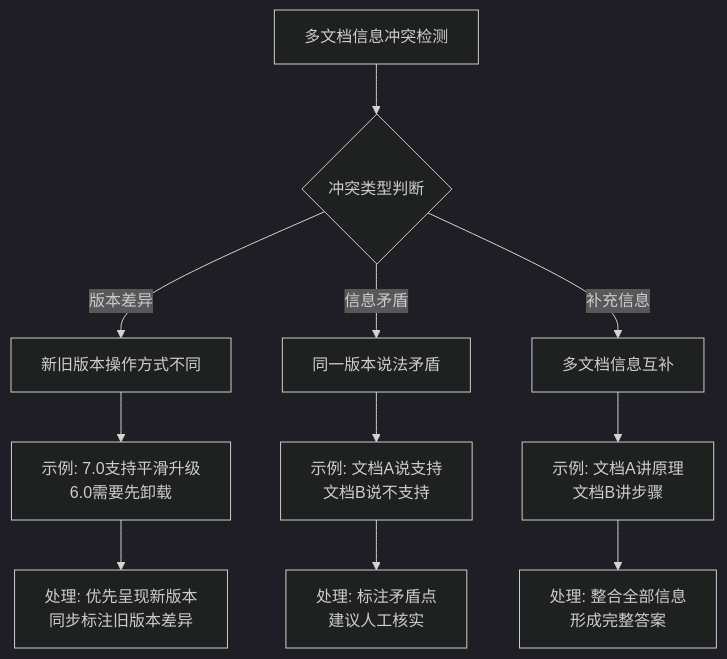
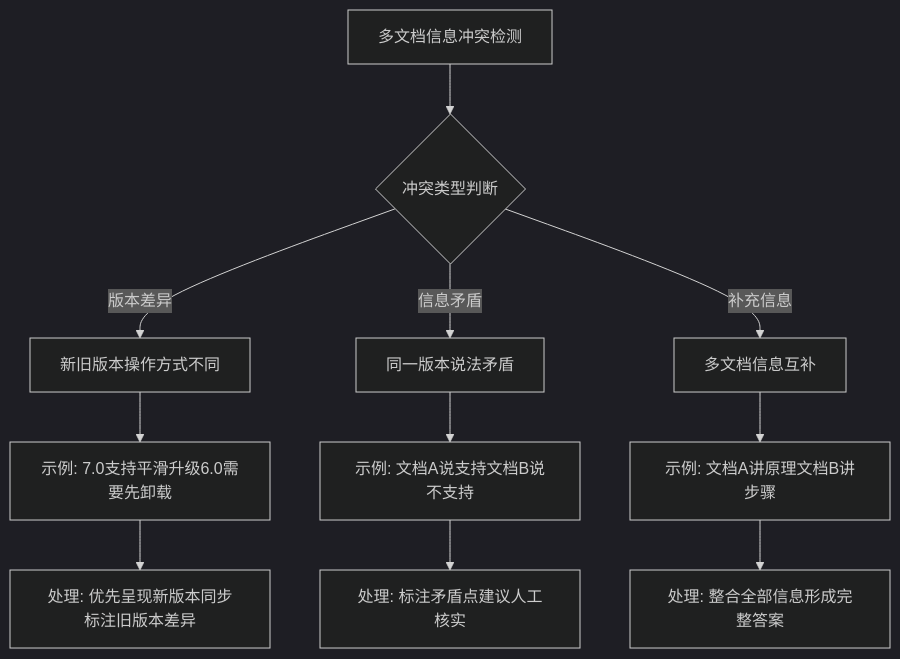
One commit to kcenter-ai/kcenter_blog changed diagram 11 of 11 in source/_posts/知识助手技术原理.md. Above: the diagram before and after it, drawn with Mermaid (dark theme). The commit also changed other lines of this file, not shown here.

First line of the commit message:
Fix: 修复 Mermaid 图表decision node显示问题

````diff
--- a/source/_posts/知识助手技术原理.md
+++ b/source/_posts/知识助手技术原理.md
@@ -453,16 +453,16 @@
 ```mermaid
 flowchart TB
-    A[多文档信息冲突检测] --> B{冲突类型判断}
+    A[多文档信息冲突检测] --> B{"冲突类型判断"}
     
     B -->|版本差异| C[新旧版本操作方式不同]
-    C --> C1[示例: 7.0支持平滑升级<br/>6.0需要先卸载]
-    C1 --> C2[处理: 优先呈现新版本<br/>同步标注旧版本差异]
+    C --> C1[示例: 7.0支持平滑升级6.0需要先卸载]
+    C1 --> C2[处理: 优先呈现新版本同步标注旧版本差异]
     
     B -->|信息矛盾| D[同一版本说法矛盾]
-    D --> D1[示例: 文档A说支持<br/>文档B说不支持]
-    D1 --> D2[处理: 标注矛盾点<br/>建议人工核实]
+    D --> D1[示例: 文档A说支持文档B说不支持]
+    D1 --> D2[处理: 标注矛盾点建议人工核实]
     
     B -->|补充信息| E[多文档信息互补]
-    E --> E1[示例: 文档A讲原理<br/>文档B讲步骤]
-    E1 --> E2[处理: 整合全部信息<br/>形成完整答案]
+    E --> E1[示例: 文档A讲原理文档B讲步骤]
+    E1 --> E2[处理: 整合全部信息形成完整答案]
 ```
````
